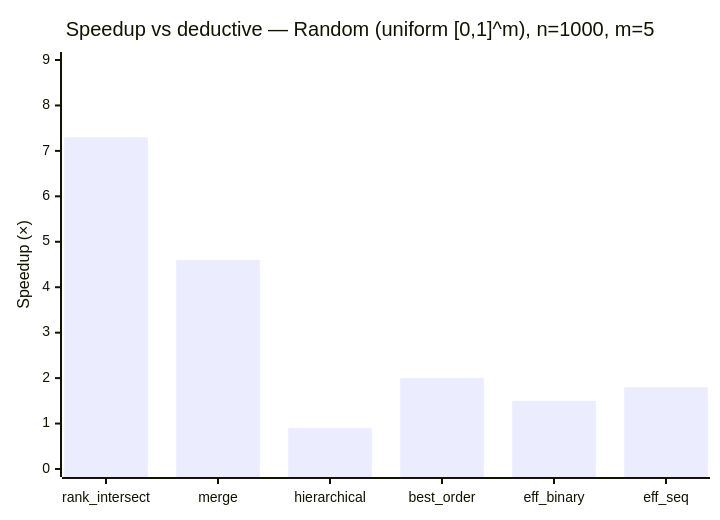
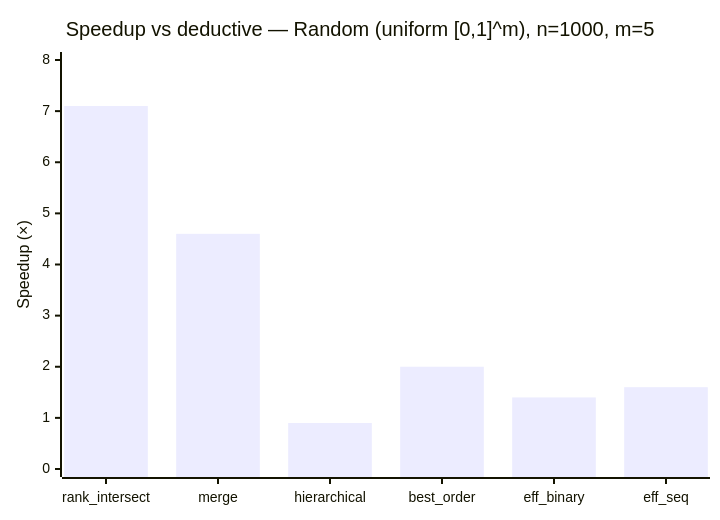
Before and after one commit to foolnotion/ndsort: the first of 8 diagrams in BENCHMARKS.md, drawn with Mermaid. The commit also changed other lines of this file and 13 other files, not shown here.

````diff
--- a/BENCHMARKS.md
+++ b/BENCHMARKS.md
@@ -48,7 +48,7 @@
 ```mermaid
 xychart-beta
     title "Speedup vs deductive — Random (uniform [0,1]^m), n=1000, m=5"
     x-axis ["rank_intersect", "merge", "hierarchical", "best_order", "eff_binary", "eff_seq"]
-    y-axis "Speedup (×)" 0 --> 9
-    bar [7.3, 4.6, 0.9, 2.0, 1.5, 1.8]
+    y-axis "Speedup (×)" 0 --> 8
+    bar [7.1, 4.6, 0.9, 2.0, 1.4, 1.6]
 ```
````
